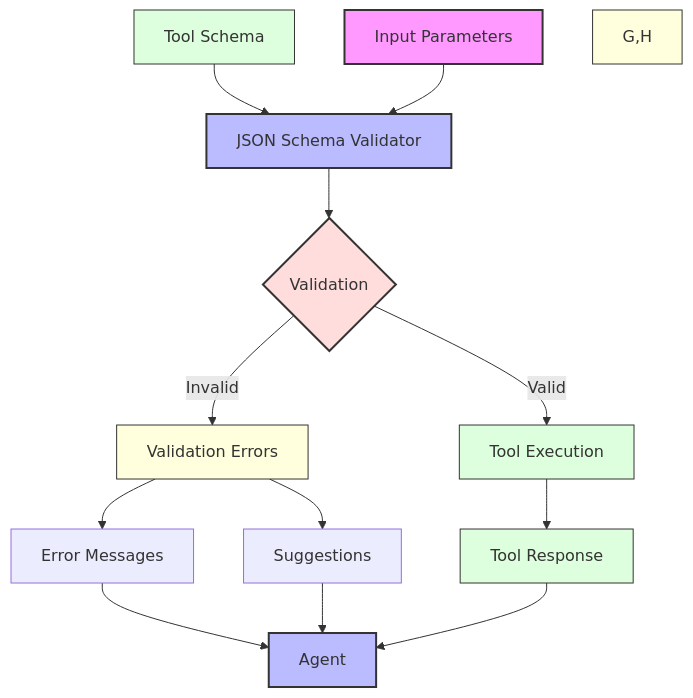
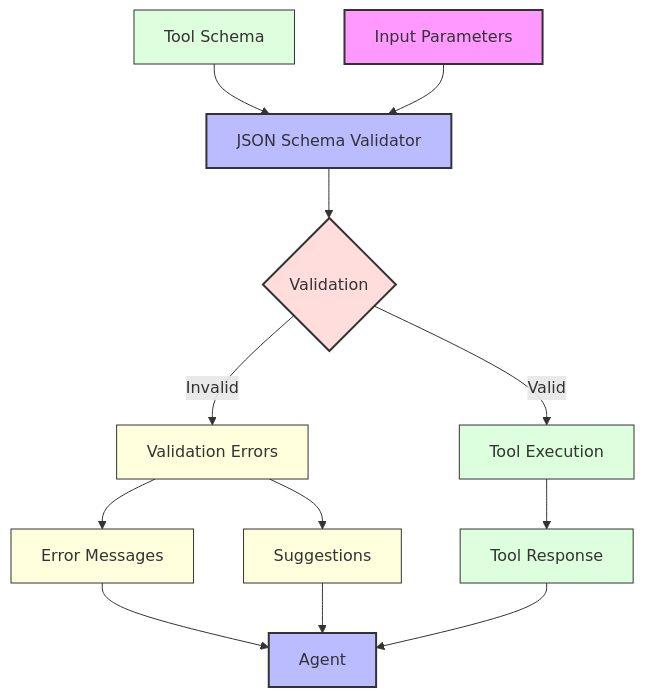
The fifth of 6 diagrams in module6/diagrams/tool_verification.md (amlanacharya/Agent), drawn with Mermaid before and after one commit. The commit also changed other lines of this file and 2 other files, not shown here.

````diff
--- a/module6/diagrams/tool_verification.md
+++ b/module6/diagrams/tool_verification.md
@@ -159,29 +161,33 @@
 ```mermaid
 flowchart TD
     A[Tool Schema] --> B[JSON Schema Validator]
 
     C[Input Parameters] --> B
 
     B --> D{Validation}
 
     D -->|Valid| E[Tool Execution]
     D -->|Invalid| F[Validation Errors]
 
     F --> G[Error Messages]
     F --> H[Suggestions]
 
     G --> I[Agent]
     H --> I
     E --> J[Tool Response]
     J --> I
 
-    style A fill:#dfd,stroke:#333,stroke-width:1px
-    style B fill:#bbf,stroke:#333,stroke-width:2px
-    style C fill:#f9f,stroke:#333,stroke-width:2px
-    style D fill:#fdd,stroke:#333,stroke-width:2px
-    style E fill:#dfd,stroke:#333,stroke-width:1px
-    style F fill:#ffd,stroke:#333,stroke-width:1px
-    style G,H fill:#ffd,stroke:#333,stroke-width:1px
-    style I fill:#bbf,stroke:#333,stroke-width:2px
-    style J fill:#dfd,stroke:#333,stroke-width:1px
+    classDef schemaNode fill:#dfd,stroke:#333,stroke-width:1px;
+    classDef validatorNode fill:#bbf,stroke:#333,stroke-width:2px;
+    classDef inputNode fill:#f9f,stroke:#333,stroke-width:2px;
+    classDef validationNode fill:#fdd,stroke:#333,stroke-width:2px;
+    classDef errorNode fill:#ffd,stroke:#333,stroke-width:1px;
+    classDef agentNode fill:#bbf,stroke:#333,stroke-width:2px;
+
+    class A,E,J schemaNode;
+    class B validatorNode;
+    class C inputNode;
+    class D validationNode;
+    class F,G,H errorNode;
+    class I agentNode;
 ```
````
